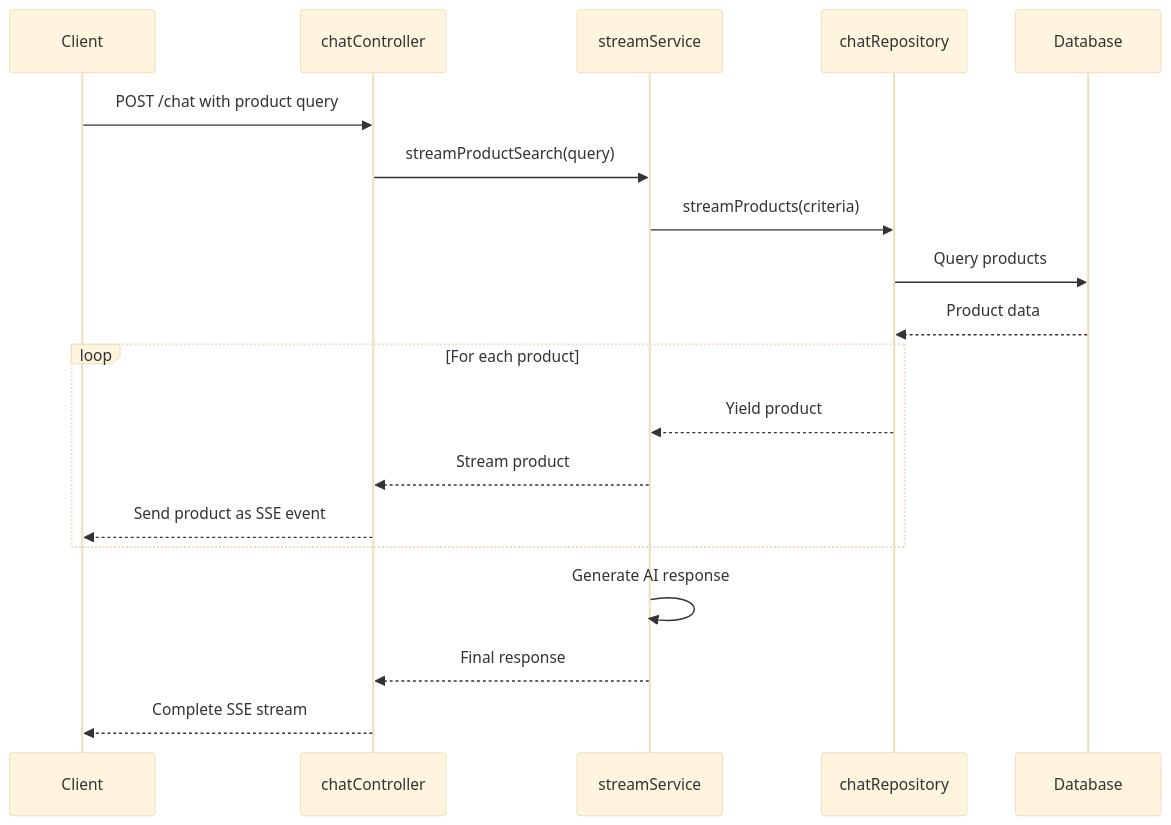
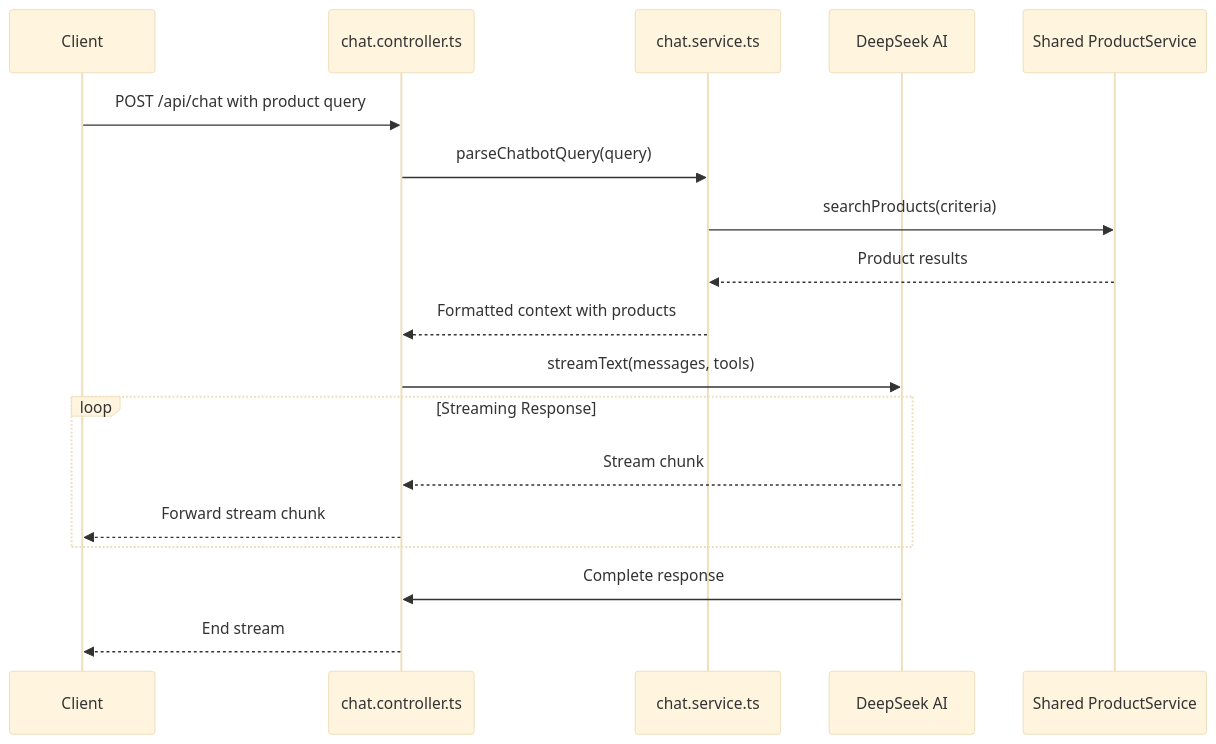
Before and after one commit to dennisvaga/bodyfuel: the third of 3 diagrams in apps/shop/src/app/api/chat/README.md, drawn with Mermaid (base theme). The commit also changed other lines of this file and 18 other files, not shown here.

Commit message:
Refactor chat API: Implement new chat controller, service, and repository structure; remove obsolete stream utilities; enhance product query handling and streaming responses.

````diff
--- a/apps/shop/src/app/api/chat/README.md
+++ b/apps/shop/src/app/api/chat/README.md
@@ -89,22 +85,21 @@
 ```mermaid
 sequenceDiagram
     participant Client
-    participant Controller as chatController
-    participant StreamService as streamService
-    participant Repository as chatRepository
-    participant Database
+    participant Controller as chat.controller.ts
+    participant Service as chat.service.ts
+    participant DeepSeek as DeepSeek AI
+    participant ProductService as Shared ProductService
 
-    Client->>Controller: POST /chat with product query
-    Controller->>StreamService: streamProductSearch(query)
-    StreamService->>Repository: streamProducts(criteria)
-    Repository->>Database: Query products
-    Database-->>Repository: Product data
-    loop For each product
-        Repository-->>StreamService: Yield product
-        StreamService-->>Controller: Stream product
-        Controller-->>Client: Send product as SSE event
+    Client->>Controller: POST /api/chat with product query
+    Controller->>Service: parseChatbotQuery(query)
+    Service->>ProductService: searchProducts(criteria)
+    ProductService-->>Service: Product results
+    Service-->>Controller: Formatted context with products
+    Controller->>DeepSeek: streamText(messages, tools)
+    loop Streaming Response
+        DeepSeek-->>Controller: Stream chunk
+        Controller-->>Client: Forward stream chunk
     end
-    StreamService->>StreamService: Generate AI response
-    StreamService-->>Controller: Final response
-    Controller-->>Client: Complete SSE stream
+    DeepSeek->>Controller: Complete response
+    Controller-->>Client: End stream
 ```
````
